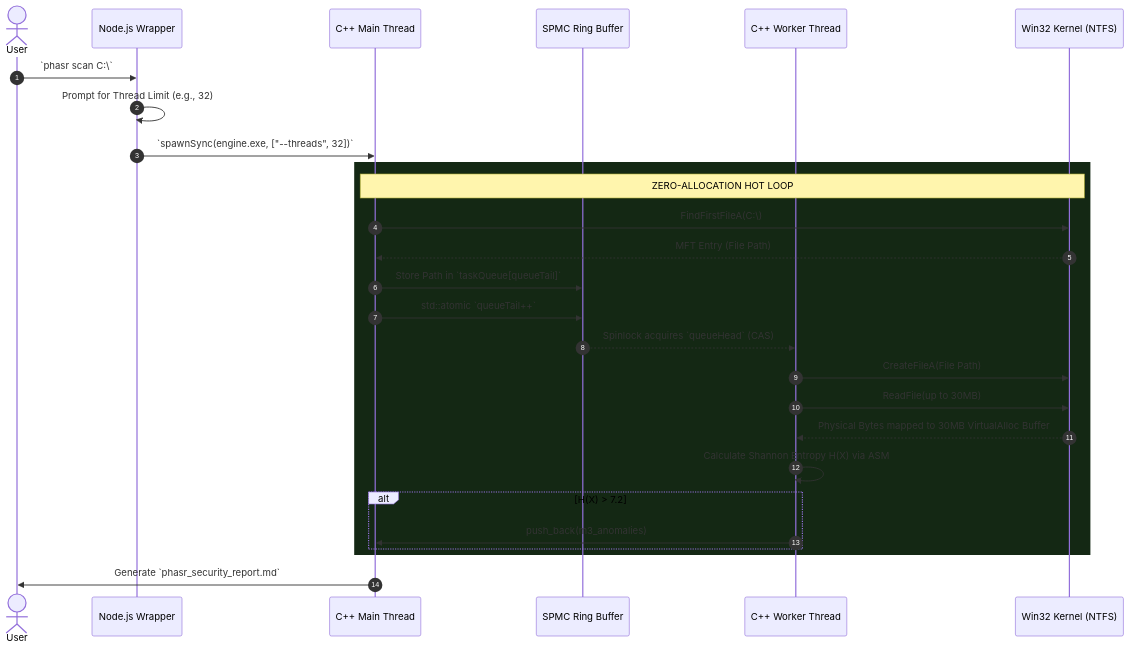
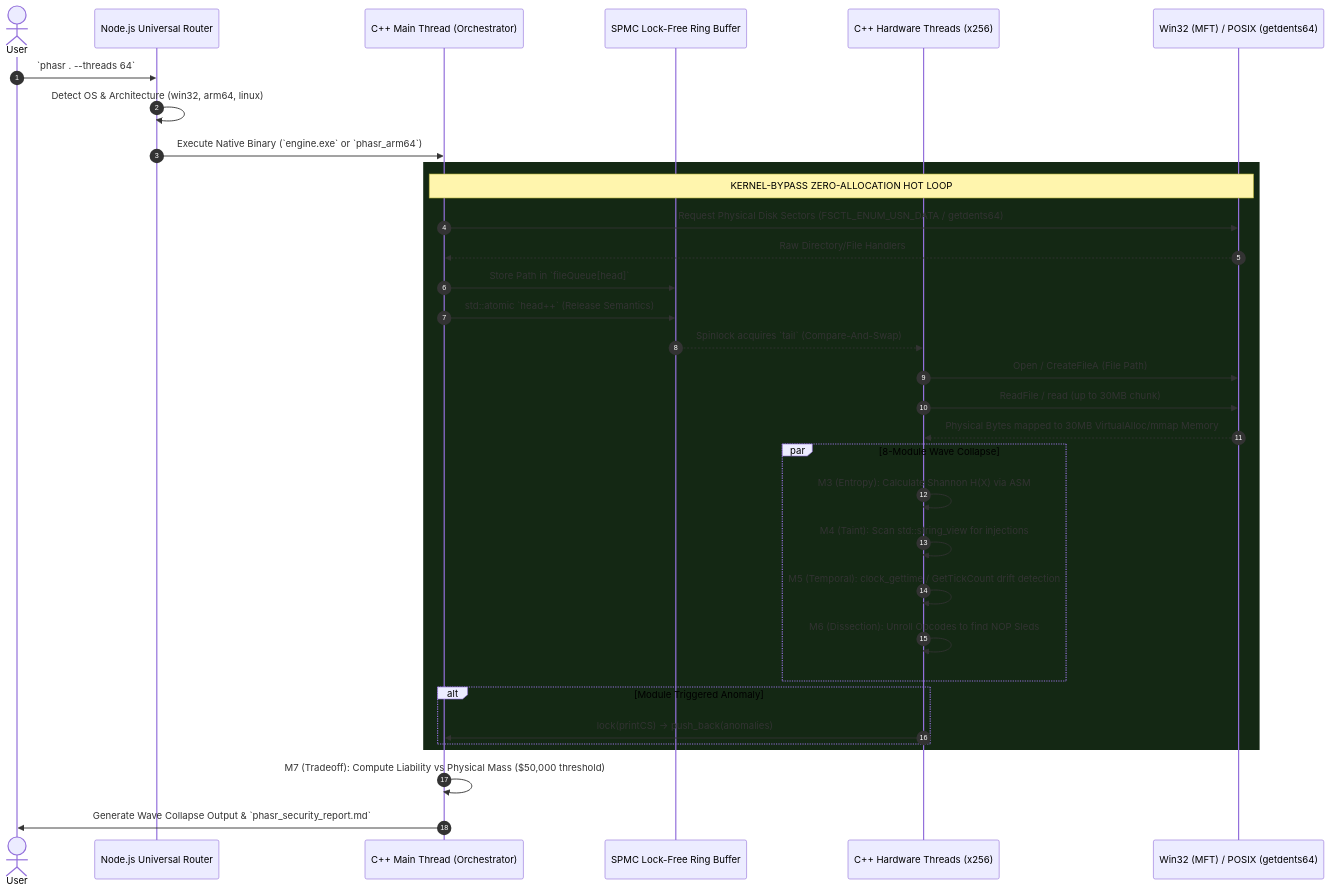
Before and after one commit to Zeo120/ZTL-Tech: the first of 2 diagrams in docs/DATA_FLOW.md, drawn with Mermaid. The commit also changed other lines of this file and 1 other file, not shown here.

Commit message:
docs: rewrite architecture and data flow diagrams to map out the cross-platform kernel bypass pipeline and new memory models

````diff
--- a/docs/DATA_FLOW.md
+++ b/docs/DATA_FLOW.md
@@ -8,34 +8,41 @@
 ```mermaid
 sequenceDiagram
     autonumber
     actor User
-    participant CLI as Node.js Wrapper
-    participant Main as C++ Main Thread
-    participant Buffer as SPMC Ring Buffer
-    participant Worker as C++ Worker Thread
-    participant Kernel as Win32 Kernel (NTFS)
+    participant CLI as Node.js Universal Router
+    participant Main as C++ Main Thread (Orchestrator)
+    participant Buffer as SPMC Lock-Free Ring Buffer
+    participant Worker as C++ Hardware Threads (x256)
+    participant Kernel as Win32 (MFT) / POSIX (getdents64)
 
-    User->>CLI: `phasr scan C:\`
-    CLI->>CLI: Prompt for Thread Limit (e.g., 32)
-    CLI->>Main: `spawnSync(engine.exe, ["--threads", 32])`
+    User->>CLI: `phasr . --threads 64`
+    CLI->>CLI: Detect OS & Architecture (win32, arm64, linux)
+    CLI->>Main: Execute Native Binary (`engine.exe` or `phasr_arm64`)
     
     rect rgb(20, 40, 20)
-        Note over Main, Kernel: ZERO-ALLOCATION HOT LOOP
-        Main->>Kernel: FindFirstFileA(C:\)
-        Kernel-->>Main: MFT Entry (File Path)
-        Main->>Buffer: Store Path in `taskQueue[queueTail]`
-        Main->>Buffer: std::atomic `queueTail++`
+        Note over Main, Kernel: KERNEL-BYPASS ZERO-ALLOCATION HOT LOOP
+        Main->>Kernel: Request Physical Disk Sectors (FSCTL_ENUM_USN_DATA / getdents64)
+        Kernel-->>Main: Raw Directory/File Handlers
+        Main->>Buffer: Store Path in `fileQueue[head]`
+        Main->>Buffer: std::atomic `head++` (Release Semantics)
         
-        Buffer-->>Worker: Spinlock acquires `queueHead` (CAS)
-        Worker->>Kernel: CreateFileA(File Path)
-        Worker->>Kernel: ReadFile(up to 30MB)
-        Kernel-->>Worker: Physical Bytes mapped to 30MB VirtualAlloc Buffer
-        Worker->>Worker: Calculate Shannon Entropy H(X) via ASM
+        Buffer-->>Worker: Spinlock acquires `tail` (Compare-And-Swap)
+        Worker->>Kernel: Open / CreateFileA (File Path)
+        Worker->>Kernel: ReadFile / read (up to 30MB chunk)
+        Kernel-->>Worker: Physical Bytes mapped to 30MB VirtualAlloc/mmap Memory
         
-        alt H(X) > 7.2
-            Worker->>Main: push_back(m3_anomalies)
+        par 8-Module Wave Collapse
+            Worker->>Worker: M3 (Entropy): Calculate Shannon H(X) via ASM
+            Worker->>Worker: M4 (Taint): Scan std::string_view for injections
+            Worker->>Worker: M5 (Temporal): clock_gettime / GetTickCount drift detection
+            Worker->>Worker: M6 (Dissection): Unroll Opcodes to find NOP Sleds
+        end
+        
+        alt Module Triggered Anomaly
+            Worker->>Main: lock(printCS) -> push_back(anomalies)
         end
     end
     
-    Main->>User: Generate `phasr_security_report.md`
+    Main->>Main: M7 (Tradeoff): Compute Liability vs Physical Mass ($50,000 threshold)
+    Main->>User: Generate Wave Collapse Output & `phasr_security_report.md`
 ```
````
